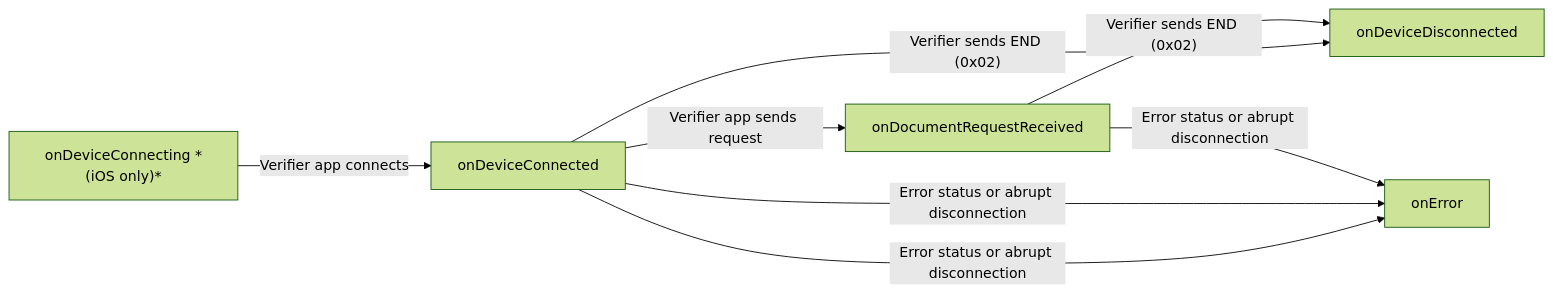
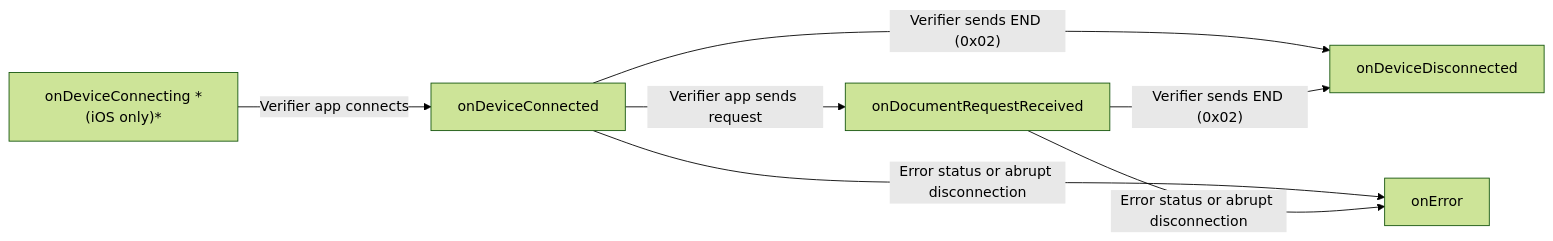
Before and after one commit to pagopa/io-react-native-iso18013: the first of 2 diagrams in src/iso18013/iso18013-5/README.md, drawn with Mermaid (forest theme).

Commit message:
docs: update mermaid flowchart

````diff
--- a/src/iso18013/iso18013-5/README.md
+++ b/src/iso18013/iso18013-5/README.md
@@ -25,18 +25,17 @@
 ```mermaid
 flowchart LR
     onDeviceConnecting["onDeviceConnecting *(iOS only)*"]
     onDeviceConnected["onDeviceConnected"]
     onDocumentRequestReceived["onDocumentRequestReceived"]
     onDeviceDisconnected["onDeviceDisconnected"]
     onError["onError"]
 
     onDeviceConnecting -- "Verifier app connects" --> onDeviceConnected
 
     onDeviceConnected -- "Verifier app sends request" --> onDocumentRequestReceived
+    onDeviceConnected -- "Verifier sends END (0x02)" --> onDeviceDisconnected
     onDeviceConnected -- "Error status or abrupt disconnection" --> onError
 
-    onDeviceConnected -- "Verifier sends END (0x02)" --> onDeviceDisconnected
-    onDeviceConnected -- "Error status or abrupt disconnection" --> onError
     onDocumentRequestReceived -- "Verifier sends END (0x02)" --> onDeviceDisconnected
     onDocumentRequestReceived -- "Error status or abrupt disconnection" --> onError
 ```
````
